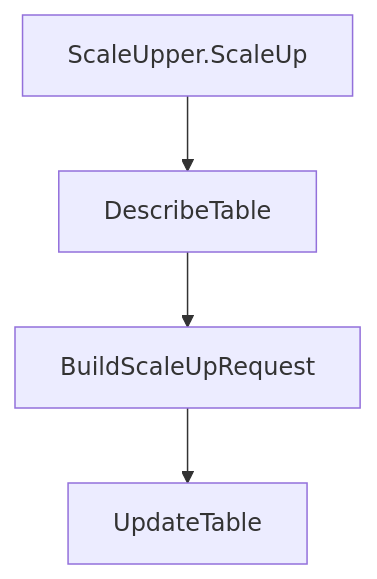
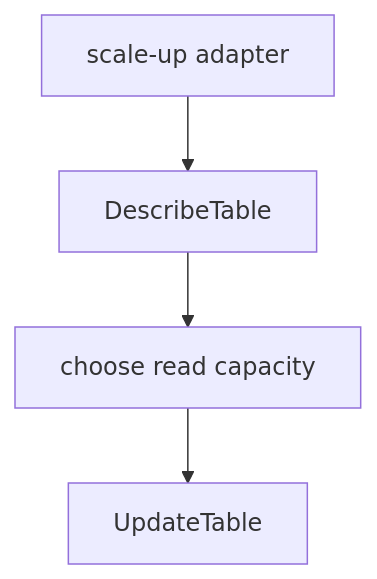
Before and after one commit to siutsin/telegram-jung2-bot: the third of 3 diagrams in internal/dynamodb/README.md, drawn with Mermaid. The commit also changed other lines of this file and 55 other files, not shown here.

````diff
--- a/internal/dynamodb/README.md
+++ b/internal/dynamodb/README.md
@@ -55,6 +55,6 @@
 ```mermaid
 flowchart TD
-    scaleUp[ScaleUpper.ScaleUp] --> describe[DescribeTable]
-    describe --> build[BuildScaleUpRequest]
-    build --> update[UpdateTable]
+    scaleUp[scale-up adapter] --> describe[DescribeTable]
+    describe --> target[choose read capacity]
+    target --> update[UpdateTable]
 ```
````
